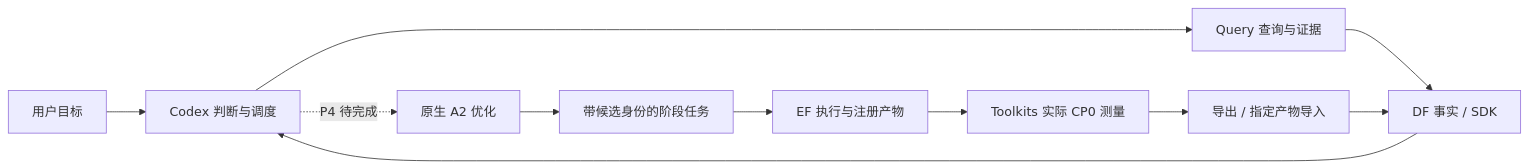
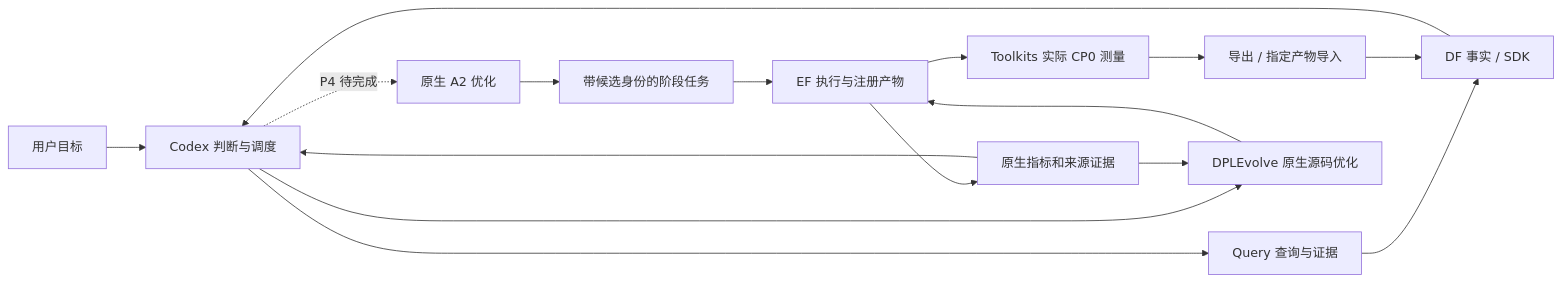
Before and after one commit to CODA-Team/ChipEvolve: the second of 4 diagrams in ARCHITECTURE.md, drawn with Mermaid. The commit also changed other lines of this file and 12 other files, not shown here.

````diff
--- a/ARCHITECTURE.md
+++ b/ARCHITECTURE.md
@@ -37,13 +41,18 @@
 ```mermaid
 flowchart LR
     Goal[用户目标] --> C[Codex 判断与调度]
     C --> Query[Query 查询与证据]
     Query --> Facts[DF 事实 / SDK]
     C -. P4 待完成 .-> Flow[原生 A2 优化]
     Flow --> Task[带候选身份的阶段任务]
     Task --> EF[EF 执行与注册产物]
     EF --> Eval[Toolkits 实际 CP0 测量]
     Eval --> Import[导出 / 指定产物导入]
     Import --> Facts
     Facts --> C
+    C --> DPL[DPLEvolve 原生源码优化]
+    DPL --> EF
+    EF --> Native[原生指标和来源证据]
+    Native --> DPL
+    Native --> C
 ```
````
